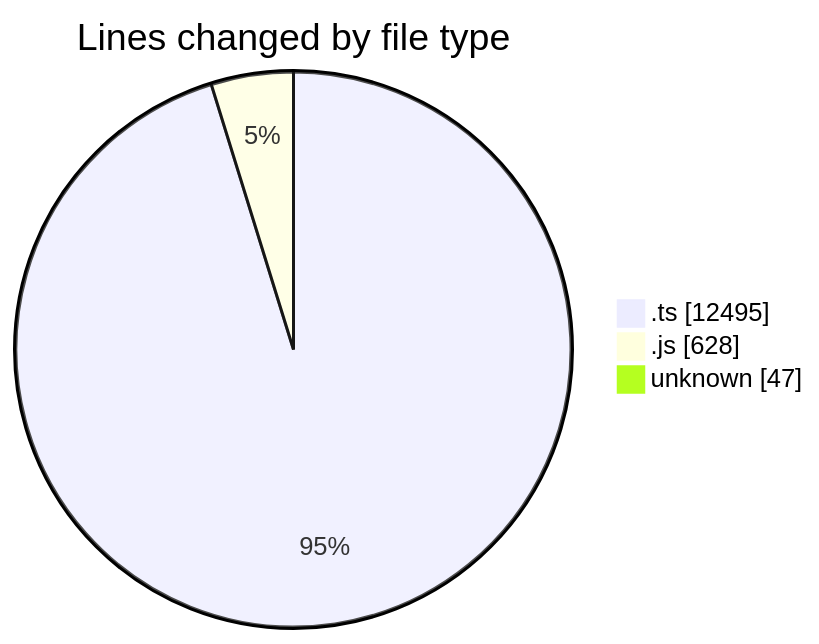
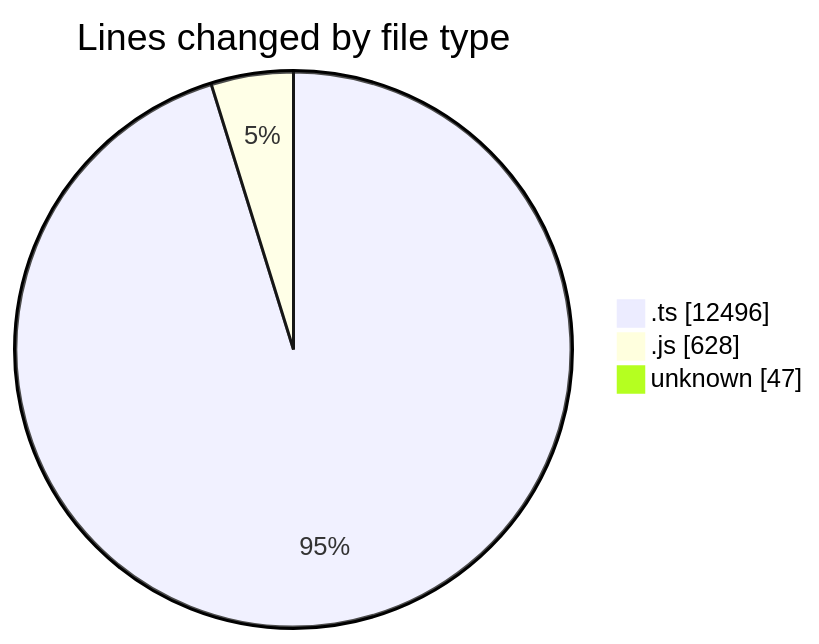
The first of 2 diagrams in 2025-09-05/cda/README.md (momahboobian/code-tracking), drawn with Mermaid before and after one commit. The commit also changed other lines of this file and 1 other file, not shown here.

````diff
--- a/2025-09-05/cda/README.md
+++ b/2025-09-05/cda/README.md
@@ -25,7 +25,7 @@
 ```mermaid
 pie showData
 title Lines changed by file type
-".ts" : 12495
+".ts" : 12496
 ".js" : 628
 "unknown" : 47
 ```
````
